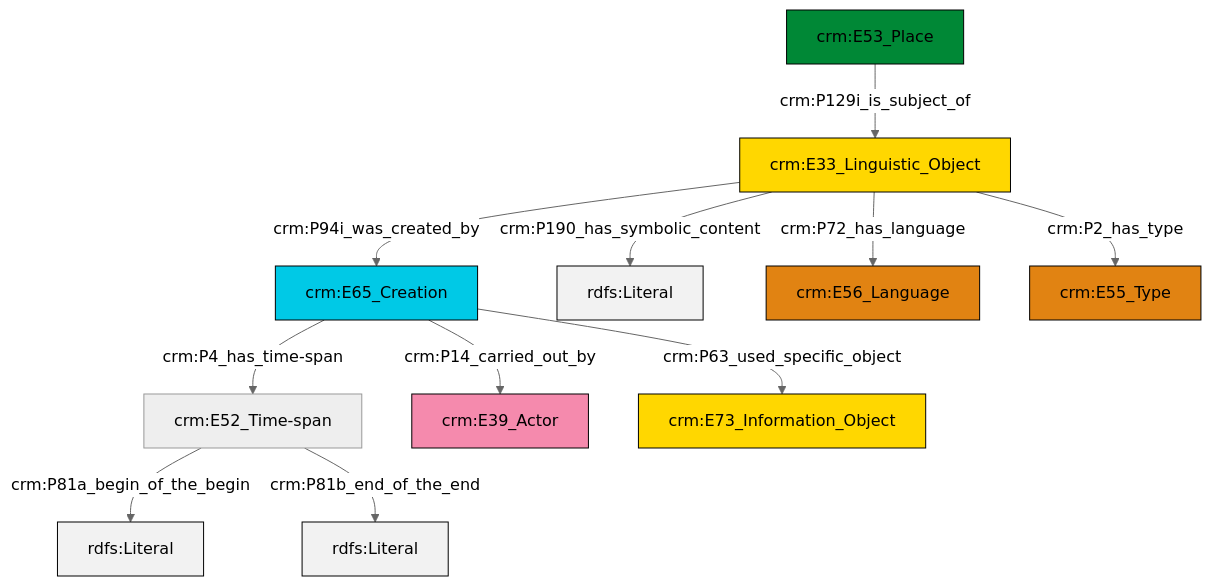
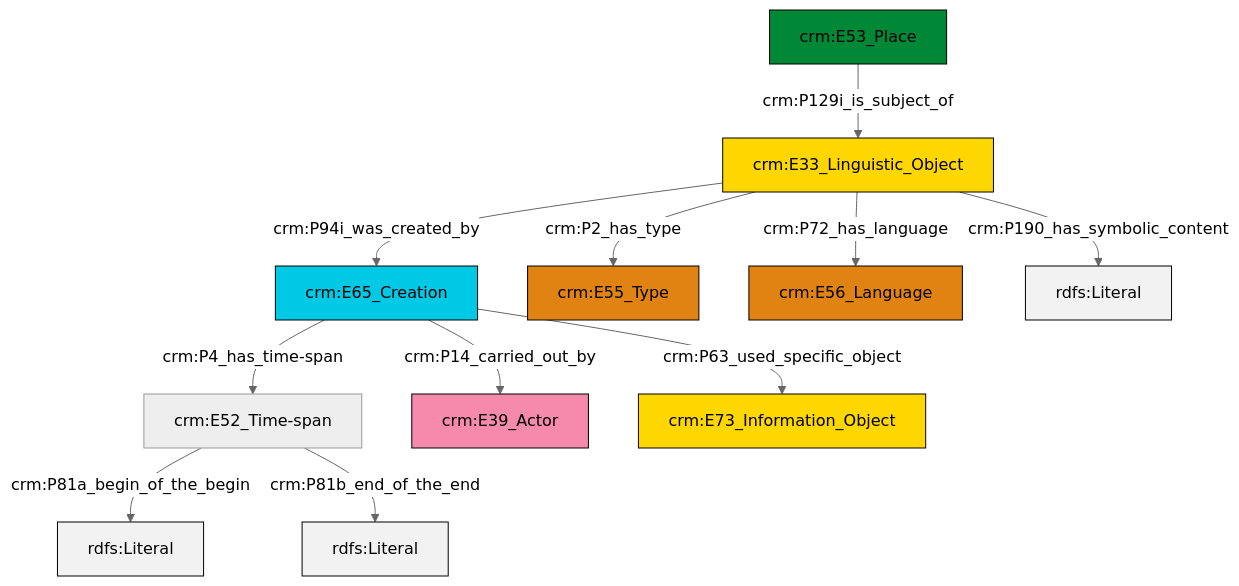
One commit to swiss-art-research-net/reference-data-models changed the diagram in et/placeCSV/ttl/mmd/place_description.ttl.mmd. Above: the diagram before and after it, drawn with Mermaid (neutral theme). The commit also changed 128 other files, not shown here.

```diff
--- a/et/placeCSV/ttl/mmd/place_description.ttl.mmd
+++ b/et/placeCSV/ttl/mmd/place_description.ttl.mmd
@@ -1,25 +1,25 @@
 graph TD
 classDef Literal fill:#f2f2f2,stroke:#000000;
 classDef CRM_Entity fill:#FFFFFF,stroke:#000000;
 classDef Temporal_Entity fill:#00C9E6, stroke:#000000;
 classDef Type fill:#E18312, stroke:#000000;
 classDef Time-Span fill:#2C9C91, stroke:#000000;
 classDef Appellation fill:#FFEB7F, stroke:#000000;
 classDef Place fill:#008836, stroke:#000000;
 classDef Persistent_Item fill:#B266B2, stroke:#000000;
 classDef Conceptual_Object fill:#FFD700, stroke:#000000;
 classDef Physical_Thing fill:#D2B48C, stroke:#000000;
 classDef Actor fill:#f58aad, stroke:#000000;
 classDef PC_Classes fill:#4ce600, stroke:#000000;
 classDef Multi fill:#cccccc,stroke:#000000;
 
-2["crm:E33_Linguistic_Object"]:::Conceptual_Object -->|crm:P94i_was_created_by| 3["crm:E65_Creation"]:::Temporal_Entity
-5["crm:E53_Place"]:::Place -->|crm:P129i_is_subject_of| 2["crm:E33_Linguistic_Object"]:::Conceptual_Object
-2["crm:E33_Linguistic_Object"]:::Conceptual_Object -->|crm:P190_has_symbolic_content| 7[rdfs:Literal]:::Literal
-2["crm:E33_Linguistic_Object"]:::Conceptual_Object -->|crm:P72_has_language| 9["crm:E56_Language"]:::Type
-0["crm:E52_Time-span"]:::Default -->|crm:P81a_begin_of_the_begin| 10[rdfs:Literal]:::Literal
-2["crm:E33_Linguistic_Object"]:::Conceptual_Object -->|crm:P2_has_type| 11["crm:E55_Type"]:::Type
-3["crm:E65_Creation"]:::Temporal_Entity -->|crm:P14_carried_out_by| 12["crm:E39_Actor"]:::Actor
-0["crm:E52_Time-span"]:::Default -->|crm:P81b_end_of_the_end| 14[rdfs:Literal]:::Literal
-3["crm:E65_Creation"]:::Temporal_Entity -->|crm:P4_has_time-span| 0["crm:E52_Time-span"]:::Default
-3["crm:E65_Creation"]:::Temporal_Entity -->|crm:P63_used_specific_object| 15["crm:E73_Information_Object"]:::Conceptual_Object
+2["crm:E65_Creation"]:::Temporal_Entity -->|crm:P4_has_time-span| 3["crm:E52_Time-span"]:::Default
+0["crm:E33_Linguistic_Object"]:::Conceptual_Object -->|crm:P2_has_type| 4["crm:E55_Type"]:::Type
+0["crm:E33_Linguistic_Object"]:::Conceptual_Object -->|crm:P190_has_symbolic_content| 10[rdfs:Literal]:::Literal
+0["crm:E33_Linguistic_Object"]:::Conceptual_Object -->|crm:P72_has_language| 7["crm:E56_Language"]:::Type
+11["crm:E53_Place"]:::Place -->|crm:P129i_is_subject_of| 0["crm:E33_Linguistic_Object"]:::Conceptual_Object
+2["crm:E65_Creation"]:::Temporal_Entity -->|crm:P14_carried_out_by| 5["crm:E39_Actor"]:::Actor
+2["crm:E65_Creation"]:::Temporal_Entity -->|crm:P63_used_specific_object| 12["crm:E73_Information_Object"]:::Conceptual_Object
+3["crm:E52_Time-span"]:::Default -->|crm:P81a_begin_of_the_begin| 13[rdfs:Literal]:::Literal
+0["crm:E33_Linguistic_Object"]:::Conceptual_Object -->|crm:P94i_was_created_by| 2["crm:E65_Creation"]:::Temporal_Entity
+3["crm:E52_Time-span"]:::Default -->|crm:P81b_end_of_the_end| 17[rdfs:Literal]:::Literal
```
